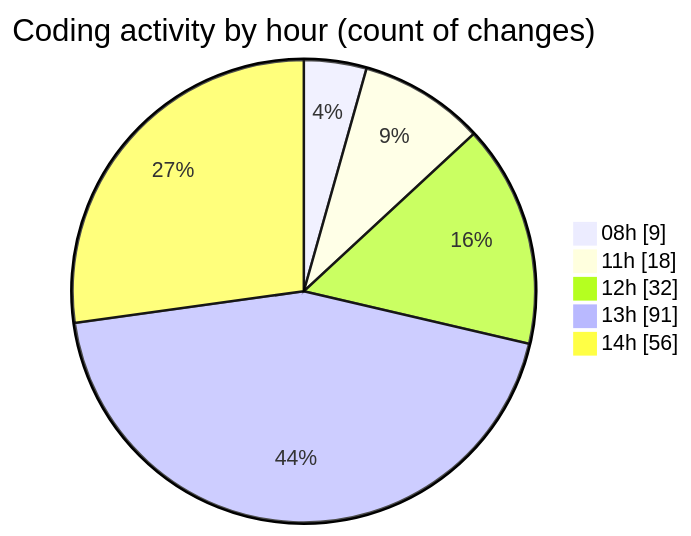
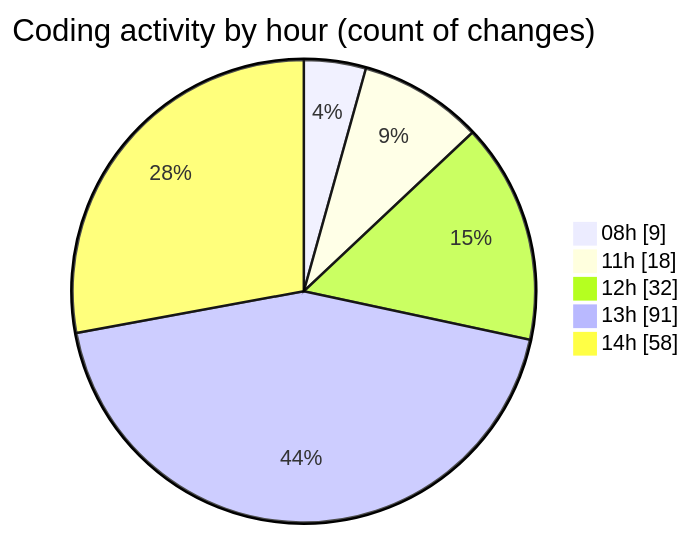
The second of 2 diagrams in 2026-04-17/cda/README.md (momahboobian/code-tracking), drawn with Mermaid before and after one commit. The commit also changed other lines of this file and 1 other file, not shown here.

````diff
--- a/2026-04-17/cda/README.md
+++ b/2026-04-17/cda/README.md
@@ -68,9 +68,9 @@
 ```mermaid
 pie showData
 title Coding activity by hour (count of changes)
 "08h" : 9
 "11h" : 18
 "12h" : 32
 "13h" : 91
-"14h" : 56
+"14h" : 58
 ```
````
